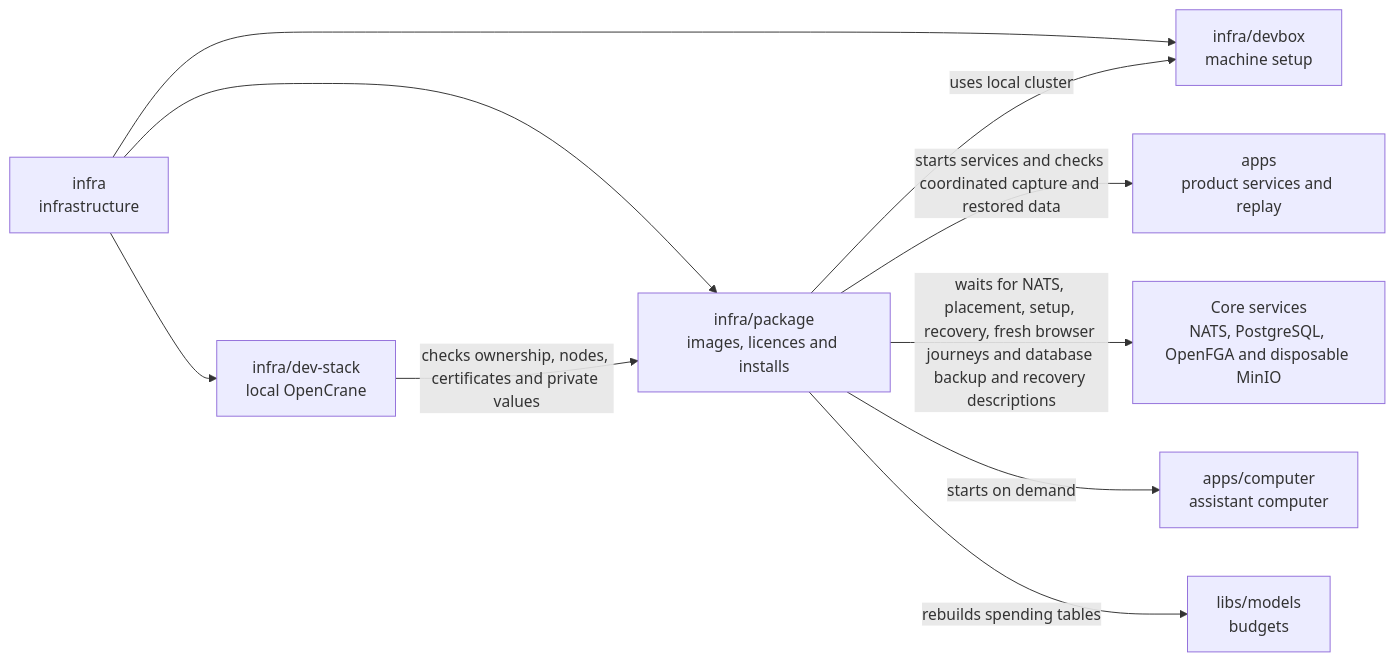
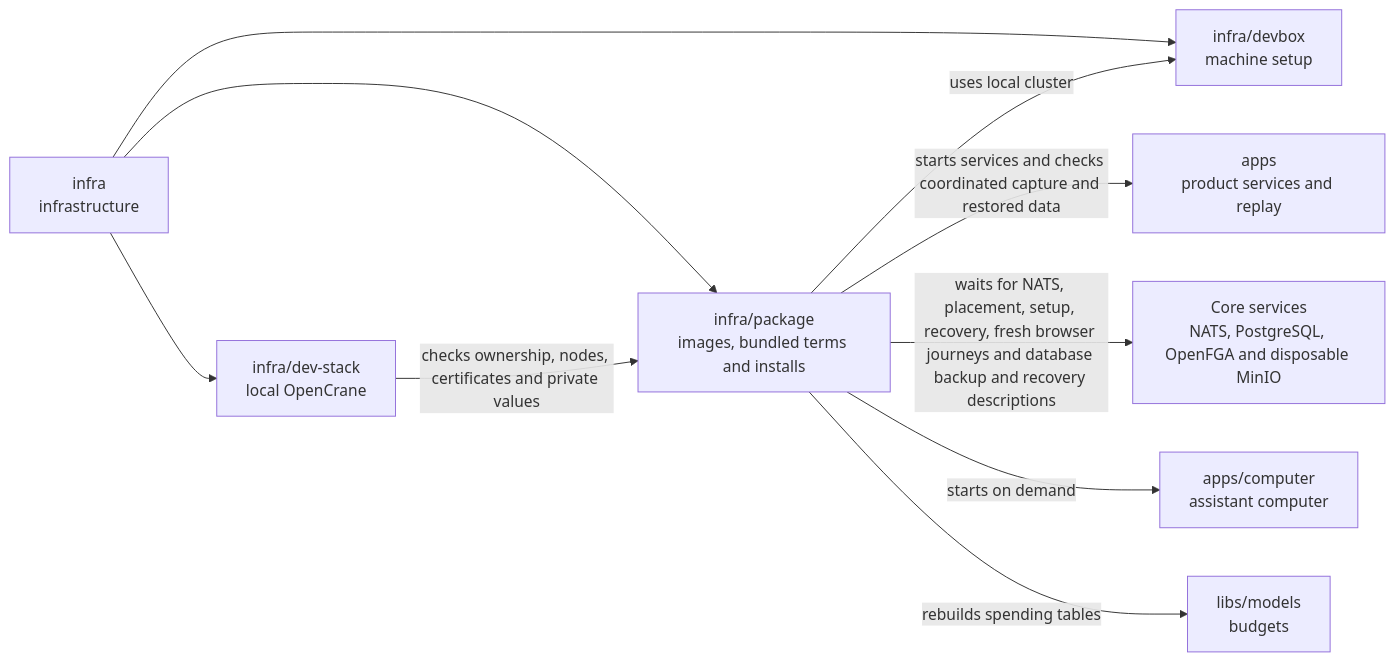
Before and after one commit to elewa-git/opencrane-new: the diagram in infra/package/README.md, drawn with Mermaid. The commit also changed other lines of this file and 10 other files, not shown here.

````diff
--- a/infra/package/README.md
+++ b/infra/package/README.md
@@ -19,12 +19,12 @@
 ```mermaid
 flowchart LR
-  infra["infra<br/>infrastructure"] --> package["infra/package<br/>images, licences and installs"]
+  infra["infra<br/>infrastructure"] --> package["infra/package<br/>images, bundled terms and installs"]
   infra --> stack["infra/dev-stack<br/>local OpenCrane"]
   infra --> devbox["infra/devbox<br/>machine setup"]
   stack -->|checks ownership, nodes, certificates and private values| package
   package -->|uses local cluster| devbox
   package -->|starts services and checks coordinated capture and restored data| apps["apps<br/>product services and replay"]
   package -->|waits for NATS, placement, setup, recovery, fresh browser journeys and database backup and recovery descriptions| services["Core services<br/>NATS, PostgreSQL, OpenFGA and disposable MinIO"]
   package -->|starts on demand| computer["apps/computer<br/>assistant computer"]
   package -->|rebuilds spending tables| models["libs/models<br/>budgets"]
 ```
````
